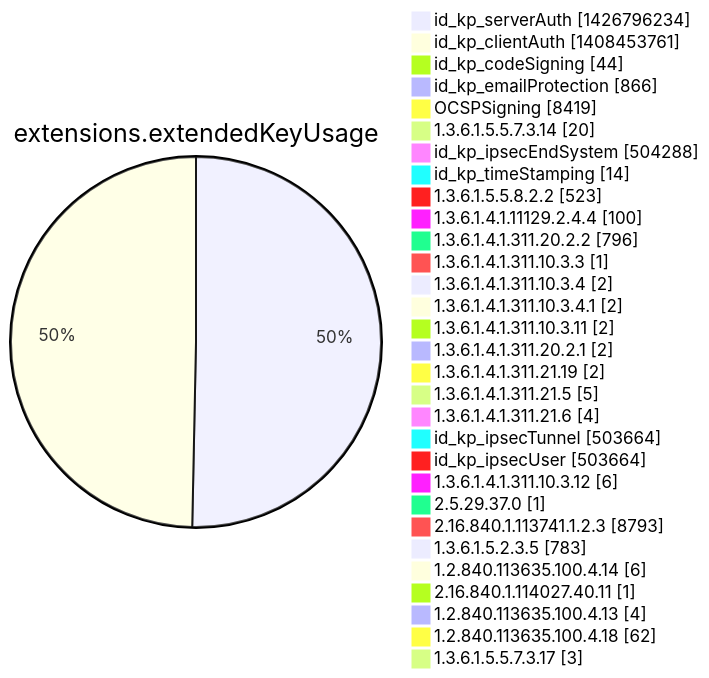
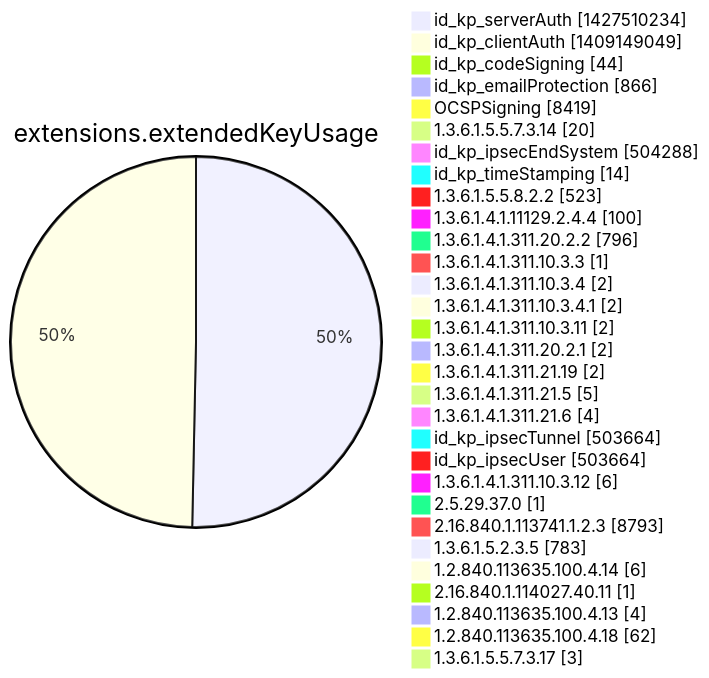
Diagram 12 of 15 in argon2022/README.md (christiankrug/ctmonitor_visualization), drawn with Mermaid before and after one commit. The commit also changed other lines of this file, not shown here.

````diff
--- a/argon2022/README.md
+++ b/argon2022/README.md
@@ -3555,34 +3555,34 @@
 ```mermaid
 pie showData
 title extensions.extendedKeyUsage
-"id_kp_serverAuth" :1426796234
-"id_kp_clientAuth" :1408453761
+"id_kp_serverAuth" :1427510234
+"id_kp_clientAuth" :1409149049
 "id_kp_codeSigning" :44
 "id_kp_emailProtection" :866
 "OCSPSigning" :8419
 "1.3.6.1.5.5.7.3.14" :20
 "id_kp_ipsecEndSystem" :504288
 "id_kp_timeStamping" :14
 "1.3.6.1.5.5.8.2.2" :523
 "1.3.6.1.4.1.11129.2.4.4" :100
 "1.3.6.1.4.1.311.20.2.2" :796
 "1.3.6.1.4.1.311.10.3.3" :1
 "1.3.6.1.4.1.311.10.3.4" :2
 "1.3.6.1.4.1.311.10.3.4.1" :2
 "1.3.6.1.4.1.311.10.3.11" :2
 "1.3.6.1.4.1.311.20.2.1" :2
 "1.3.6.1.4.1.311.21.19" :2
 "1.3.6.1.4.1.311.21.5" :5
 "1.3.6.1.4.1.311.21.6" :4
 "id_kp_ipsecTunnel" :503664
 "id_kp_ipsecUser" :503664
 "1.3.6.1.4.1.311.10.3.12" :6
 "2.5.29.37.0" :1
 "2.16.840.1.113741.1.2.3" :8793
 "1.3.6.1.5.2.3.5" :783
 "1.2.840.113635.100.4.14" :6
 "2.16.840.1.114027.40.11" :1
 "1.2.840.113635.100.4.13" :4
 "1.2.840.113635.100.4.18" :62
 "1.3.6.1.5.5.7.3.17" :3
 ```
````
